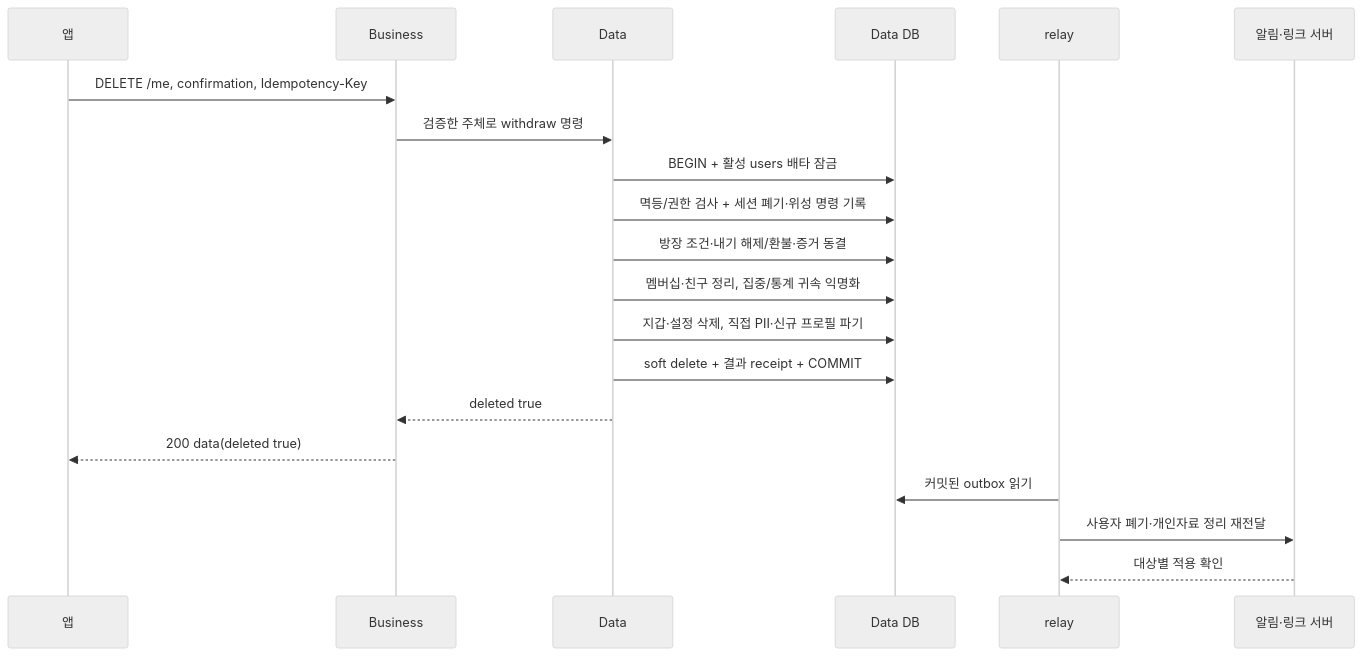
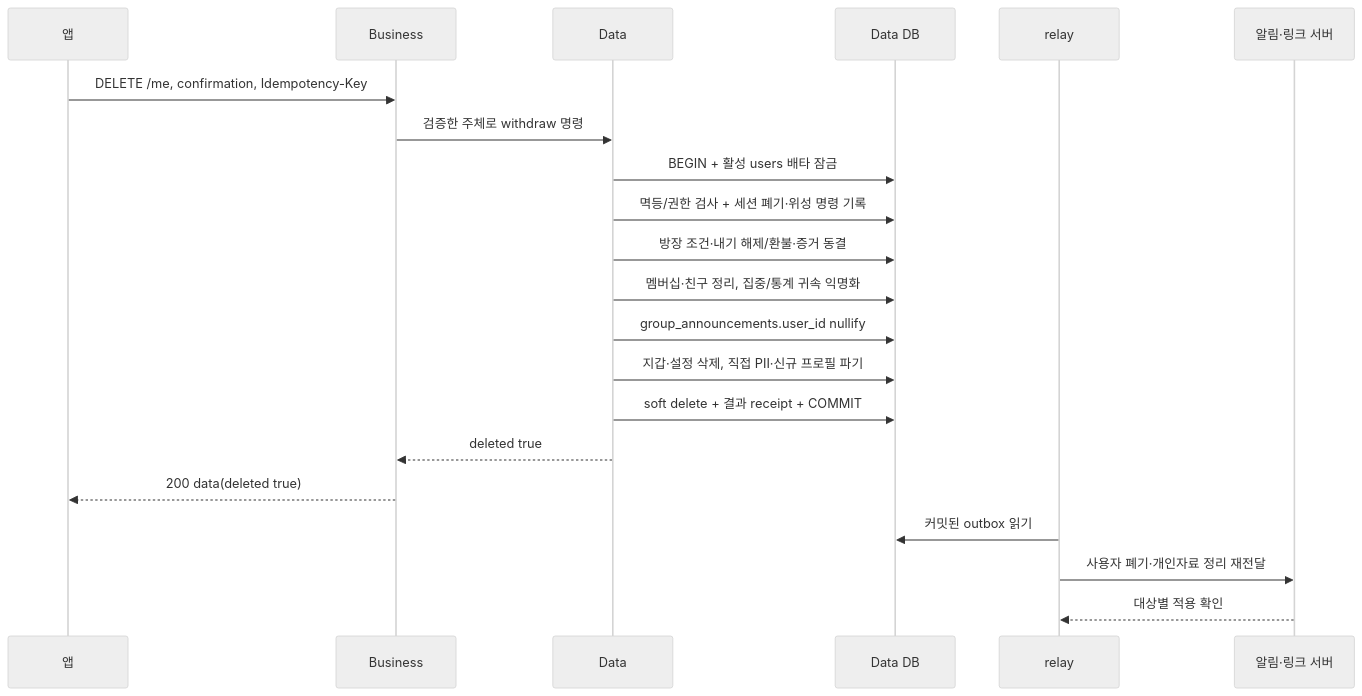
The fourth of 5 diagrams in docs/prd/account/high-level-design.md (OneOrThree/phone), drawn with Mermaid (neutral theme) before and after one commit. The commit also changed other lines of this file and 4 other files, not shown here.

````diff
--- a/docs/prd/account/high-level-design.md
+++ b/docs/prd/account/high-level-design.md
@@ -84,22 +86,23 @@
 ```mermaid
 sequenceDiagram
     participant A as 앱
     participant B as Business
     participant D as Data
     participant DB as Data DB
     participant R as relay
     participant S as 알림·링크 서버
     A->>B: DELETE /me, confirmation, Idempotency-Key
     B->>D: 검증한 주체로 withdraw 명령
     D->>DB: BEGIN + 활성 users 배타 잠금
     D->>DB: 멱등/권한 검사 + 세션 폐기·위성 명령 기록
     D->>DB: 방장 조건·내기 해제/환불·증거 동결
     D->>DB: 멤버십·친구 정리, 집중/통계 귀속 익명화
+    D->>DB: group_announcements.user_id nullify
     D->>DB: 지갑·설정 삭제, 직접 PII·신규 프로필 파기
     D->>DB: soft delete + 결과 receipt + COMMIT
     D-->>B: deleted true
     B-->>A: 200 data(deleted true)
     R->>DB: 커밋된 outbox 읽기
     R->>S: 사용자 폐기·개인자료 정리 재전달
     S-->>R: 대상별 적용 확인
 ```
````
